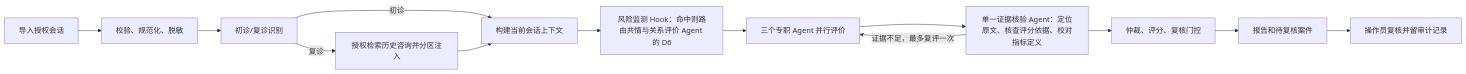
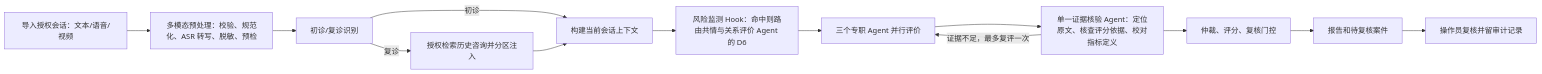
One commit to poxuxuxux/Online-psychological-counseling-platform-doctor-service-quality-monitoring-agent changed the diagram in README.md. Above: the diagram before and after it, drawn with Mermaid. The commit also changed other lines of this file and 35 other files, not shown here.

````diff
--- a/README.md
+++ b/README.md
@@ -9,15 +9,15 @@
 ```mermaid
 flowchart LR
-    A[导入授权会话] --> B[校验、规范化、脱敏]
+    A[导入授权会话：文本/语音/视频] --> B[多模态预处理：校验、规范化、ASR 转写、脱敏、预检]
     B --> C[初诊/复诊识别]
     C -->|复诊| D[授权检索历史咨询并分区注入]
     C -->|初诊| E[构建当前会话上下文]
     D --> E
     E --> F[风险监测 Hook：命中则路由共情与关系评价 Agent 的 D6]
     F --> G[三个专职 Agent 并行评价]
     G --> H[单一证据核验 Agent：定位原文、核查评分依据、校对指标定义]
     H -->|证据不足，最多复评一次| G
     H --> I[仲裁、评分、复核门控]
     I --> J[报告和待复核案件]
     J --> K[操作员复核并留审计记录]
 ```
````
